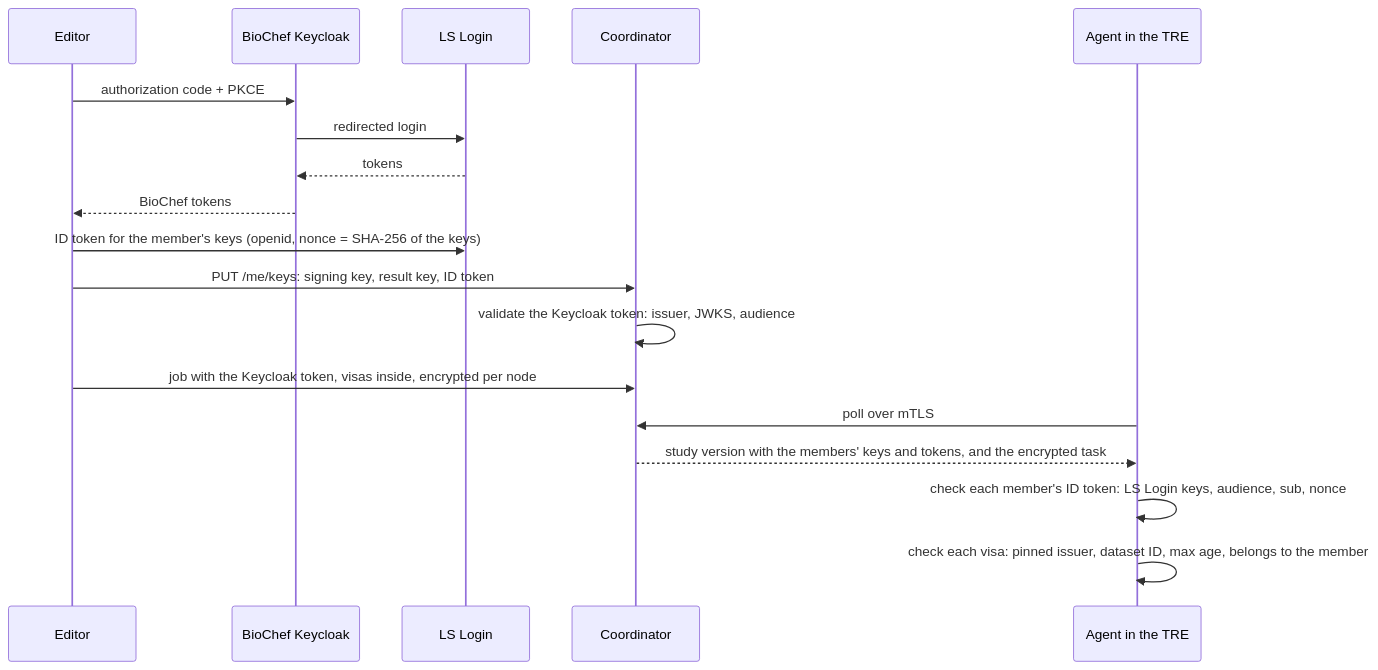
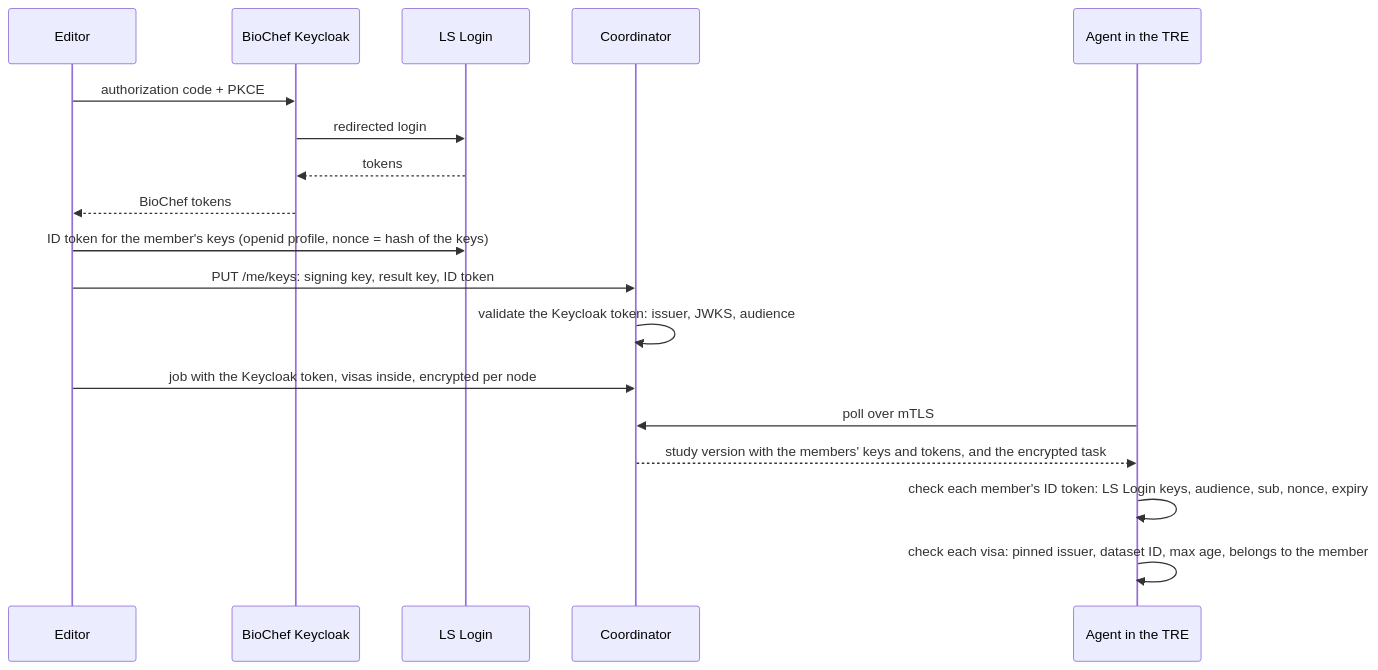
Before and after one commit to ieeta-pt/biochef-infra: the diagram in docs/identity.md, drawn with Mermaid. The commit also changed other lines of this file and 11 other files, not shown here.

````diff
--- a/docs/identity.md
+++ b/docs/identity.md
@@ -43,20 +49,20 @@
 ```mermaid
 sequenceDiagram
   participant E as Editor
   participant K as BioChef Keycloak
   participant L as LS Login
   participant C as Coordinator
   participant A as Agent in the TRE
   E->>K: authorization code + PKCE
   K->>L: redirected login
   L-->>K: tokens
   K-->>E: BioChef tokens
-  E->>L: ID token for the member's keys (openid, nonce = SHA-256 of the keys)
+  E->>L: ID token for the member's keys (openid profile, nonce = hash of the keys)
   E->>C: PUT /me/keys: signing key, result key, ID token
   C->>C: validate the Keycloak token: issuer, JWKS, audience
   E->>C: job with the Keycloak token, visas inside, encrypted per node
   A->>C: poll over mTLS
   C-->>A: study version with the members' keys and tokens, and the encrypted task
-  A->>A: check each member's ID token: LS Login keys, audience, sub, nonce
+  A->>A: check each member's ID token: LS Login keys, audience, sub, nonce, expiry
   A->>A: check each visa: pinned issuer, dataset ID, max age, belongs to the member
 ```
````
